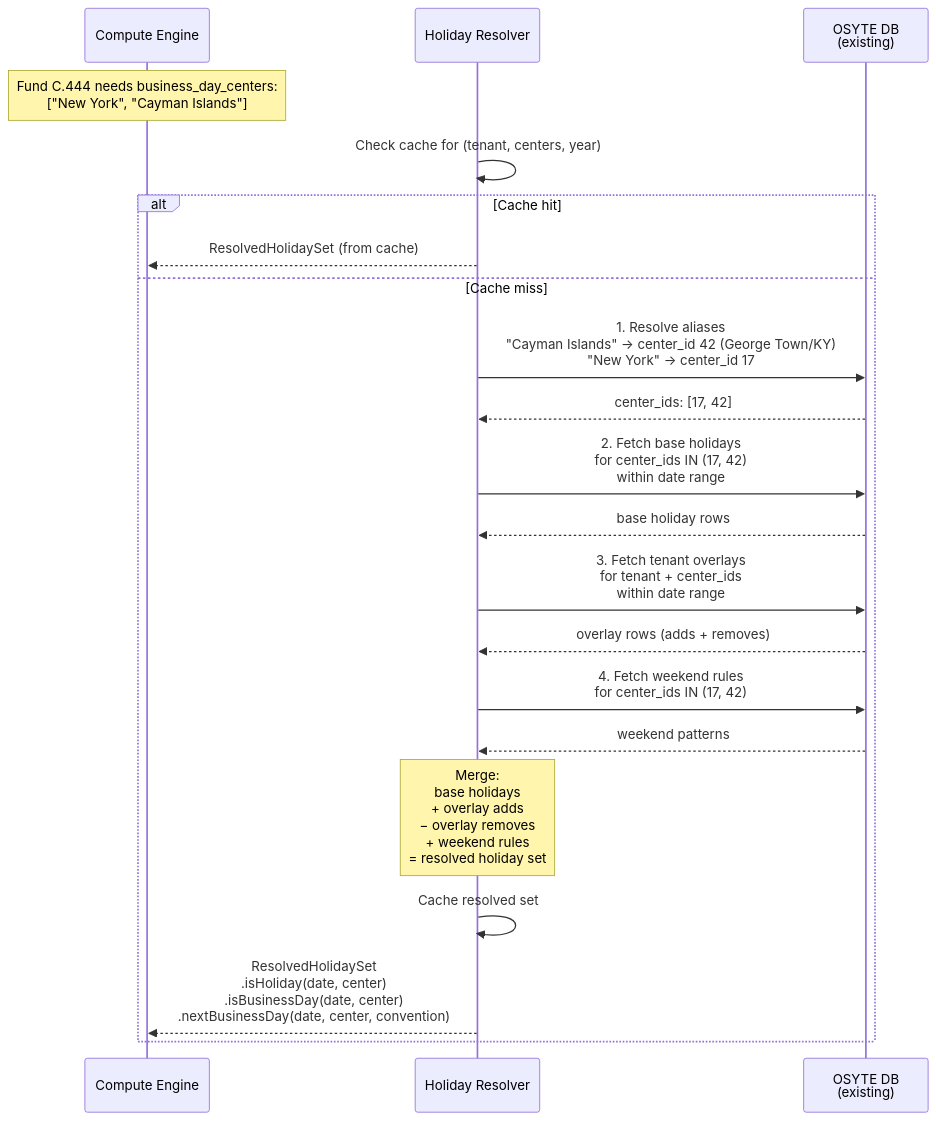
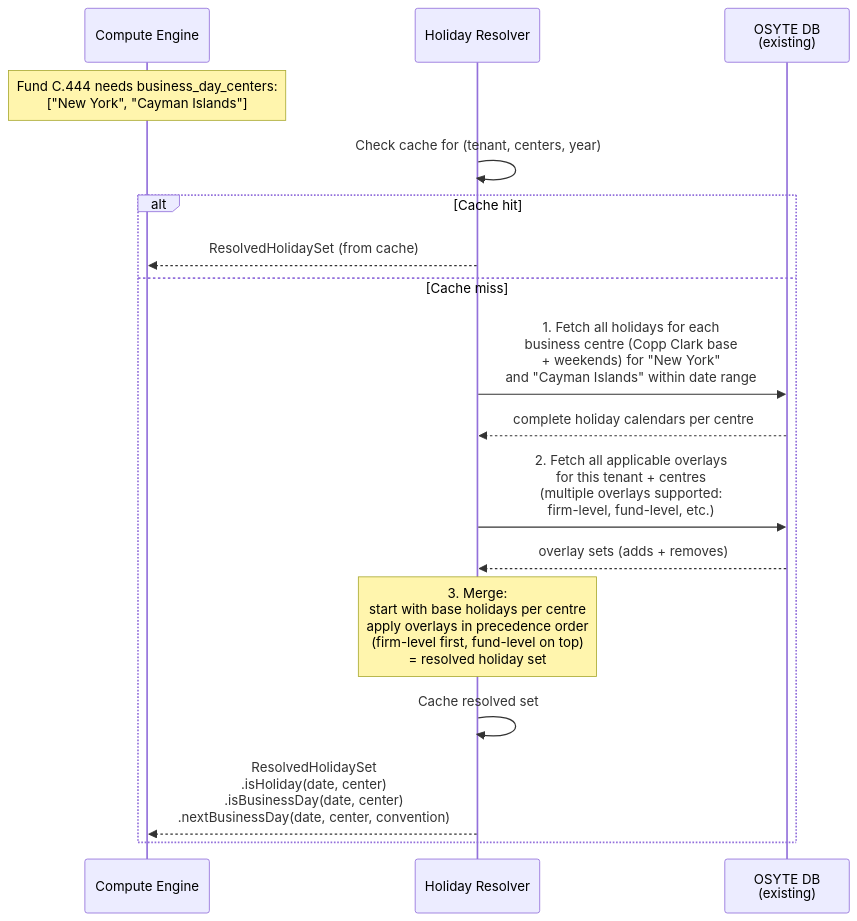
One commit to Ashu290905/OSYTE changed the second of 8 diagrams in lcs-main/docs/architecture.md. Above: the diagram before and after it, drawn with Mermaid. The commit also changed other lines of this file, not shown here.

Commit message:
Fix Holiday Resolver flow: fetch all holidays first, support multiple overlays
- Resolution steps simplified: (1) fetch all holidays for the business
  centre, (2) fetch all applicable overlays (multiple supported per
  tenant per centre, e.g. firm-level + fund-level), (3) merge in
  precedence order
- Removed the separate alias-resolution and weekend-rules steps from
  the sequence diagram — these are part of fetching the centre data
- Updated caching and key decisions to reflect multiple overlay support

````diff
--- a/lcs-main/docs/architecture.md
+++ b/lcs-main/docs/architecture.md
@@ -57,32 +61,26 @@
 ```mermaid
 sequenceDiagram
     participant DE as Compute Engine
     participant HR as Holiday Resolver
     participant DB as OSYTE DB<br/>(existing)
 
     Note over DE: Fund C.444 needs business_day_centers:<br/>["New York", "Cayman Islands"]
 
     HR->>HR: Check cache for (tenant, centers, year)
 
     alt Cache hit
         HR-->>DE: ResolvedHolidaySet (from cache)
     else Cache miss
-        HR->>DB: 1. Resolve aliases<br/>"Cayman Islands" → center_id 42 (George Town/KY)<br/>"New York" → center_id 17
-        DB-->>HR: center_ids: [17, 42]
+        HR->>DB: 1. Fetch all holidays for each<br/>business centre (Copp Clark base<br/>+ weekends) for "New York"<br/>and "Cayman Islands" within date range
+        DB-->>HR: complete holiday calendars per centre
 
-        HR->>DB: 2. Fetch base holidays<br/>for center_ids IN (17, 42)<br/>within date range
-        DB-->>HR: base holiday rows
+        HR->>DB: 2. Fetch all applicable overlays<br/>for this tenant + centres<br/>(multiple overlays supported:<br/>firm-level, fund-level, etc.)
+        DB-->>HR: overlay sets (adds + removes)
 
-        HR->>DB: 3. Fetch tenant overlays<br/>for tenant + center_ids<br/>within date range
-        DB-->>HR: overlay rows (adds + removes)
-
-        HR->>DB: 4. Fetch weekend rules<br/>for center_ids IN (17, 42)
-        DB-->>HR: weekend patterns
-
-        Note over HR: Merge:<br/>base holidays<br/>+ overlay adds<br/>− overlay removes<br/>+ weekend rules<br/>= resolved holiday set
+        Note over HR: 3. Merge:<br/>start with base holidays per centre<br/>apply overlays in precedence order<br/>(firm-level first, fund-level on top)<br/>= resolved holiday set
 
         HR->>HR: Cache resolved set
 
         HR-->>DE: ResolvedHolidaySet<br/>.isHoliday(date, center)<br/>.isBusinessDay(date, center)<br/>.nextBusinessDay(date, center, convention)
     end
 ```
````
